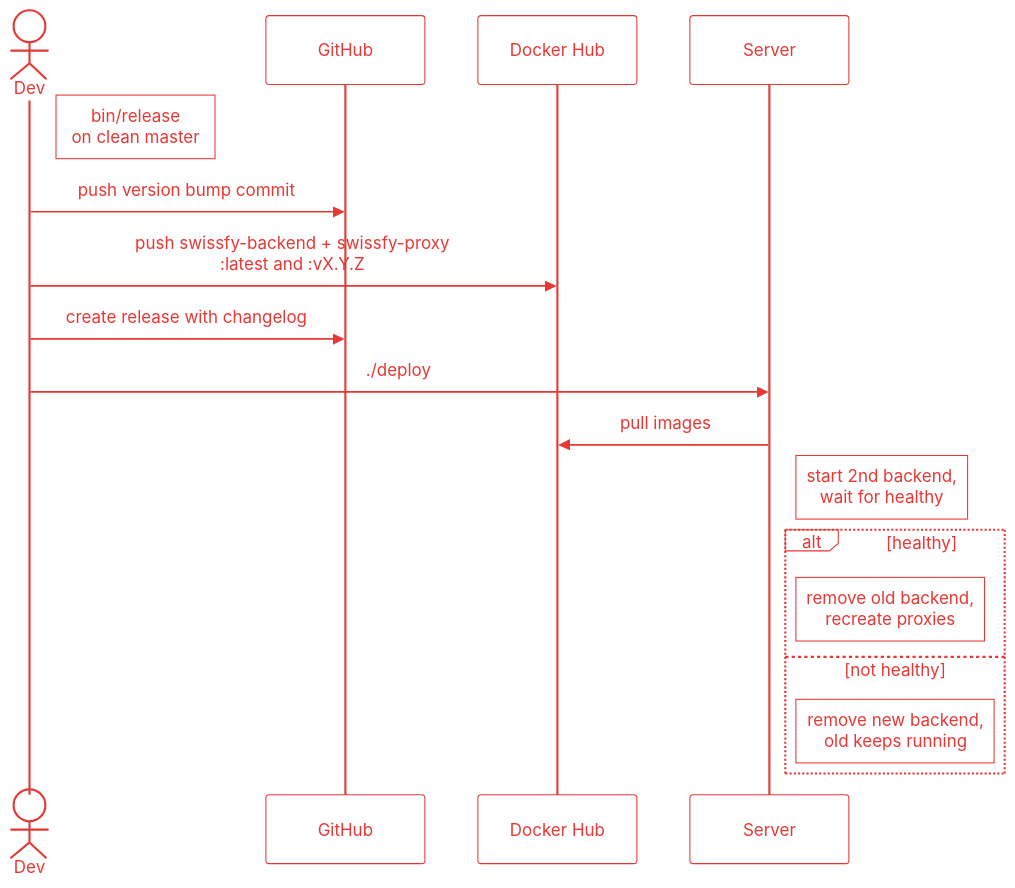
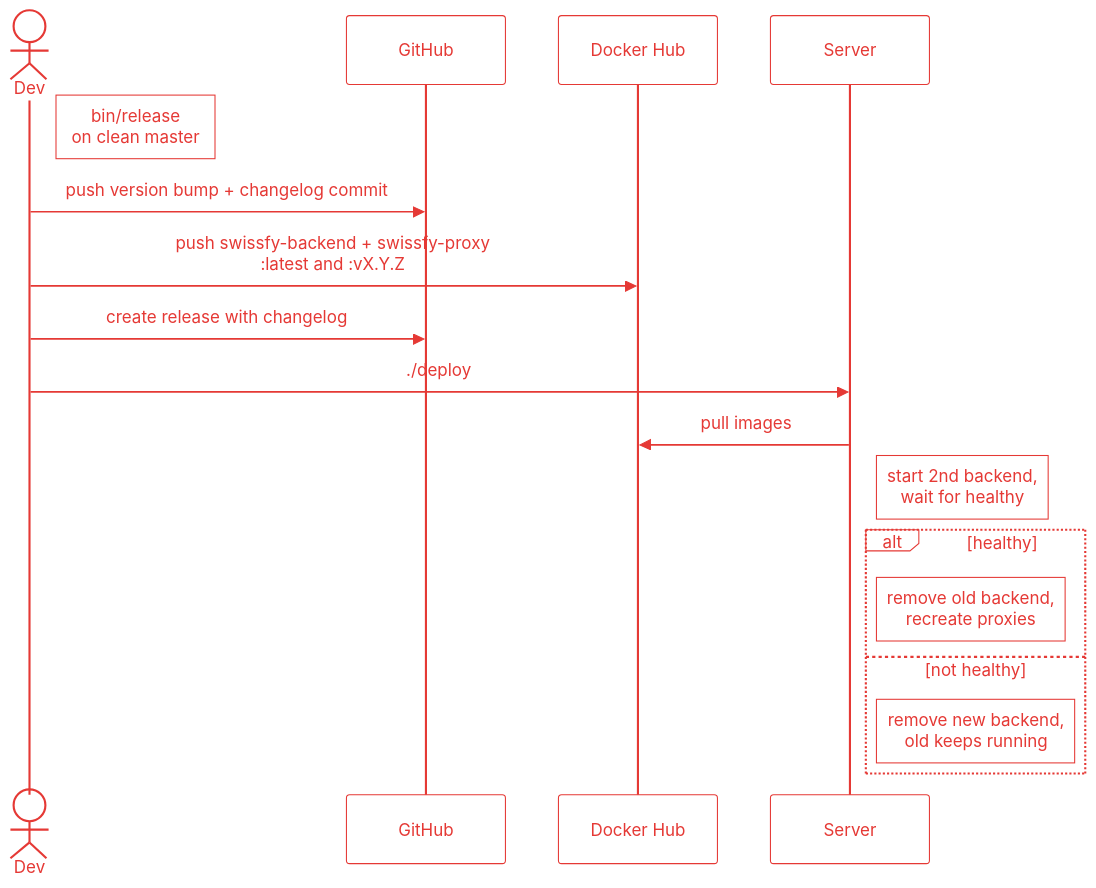
Before and after one commit to buechijonas/swissfy: diagram 11 of 11 in README.md, drawn with Mermaid. The commit also changed other lines of this file and 10 other files, not shown here.

````diff
--- a/README.md
+++ b/README.md
@@ -357,21 +362,21 @@
 ```mermaid
 %%{init: {'theme': 'base', 'themeCSS': '.labelBkg, .edgeLabel, .edgeLabel p, .edgeLabel rect { background-color: transparent !important; fill: transparent !important; }', 'themeVariables': {'darkMode': false, 'background': 'transparent', 'primaryColor': 'transparent', 'secondaryColor': 'transparent', 'tertiaryColor': 'transparent', 'mainBkg': 'transparent', 'clusterBkg': 'transparent', 'actorBkg': 'transparent', 'noteBkgColor': 'transparent', 'labelBoxBkgColor': 'transparent', 'edgeLabelBackground': 'transparent', 'relationLabelBackground': 'transparent', 'attributeBackgroundColorOdd': 'transparent', 'attributeBackgroundColorEven': 'transparent', 'primaryBorderColor': '#e53935', 'secondaryBorderColor': '#e53935', 'tertiaryBorderColor': '#e53935', 'nodeBorder': '#e53935', 'clusterBorder': '#e53935', 'lineColor': '#e53935', 'signalColor': '#e53935', 'actorBorder': '#e53935', 'actorLineColor': '#e53935', 'labelBoxBorderColor': '#e53935', 'noteBorderColor': '#e53935', 'activationBorderColor': '#e53935', 'transitionColor': '#e53935', 'stateBorder': '#e53935', 'relationColor': '#e53935', 'textColor': '#e53935', 'primaryTextColor': '#e53935', 'secondaryTextColor': '#e53935', 'tertiaryTextColor': '#e53935', 'nodeTextColor': '#e53935', 'titleColor': '#e53935', 'signalTextColor': '#e53935', 'loopTextColor': '#e53935', 'labelTextColor': '#e53935', 'noteTextColor': '#e53935', 'actorTextColor': '#e53935', 'relationLabelColor': '#e53935', 'stateLabelColor': '#e53935', 'transitionLabelColor': '#e53935', 'sequenceNumberColor': '#ffffff'}}}%%
 sequenceDiagram
     actor Dev
     participant GH as GitHub
     participant Hub as Docker Hub
     participant S as Server
 
     Note right of Dev: bin/release<br/>on clean master
-    Dev->>GH: push version bump commit
+    Dev->>GH: push version bump + changelog commit
     Dev->>Hub: push swissfy-backend + swissfy-proxy<br/>:latest and :vX.Y.Z
     Dev->>GH: create release with changelog
     Dev->>S: ./deploy
     S->>Hub: pull images
     Note right of S: start 2nd backend,<br/>wait for healthy
     alt healthy
         Note right of S: remove old backend,<br/>recreate proxies
     else not healthy
         Note right of S: remove new backend,<br/>old keeps running
     end
 ```
````
